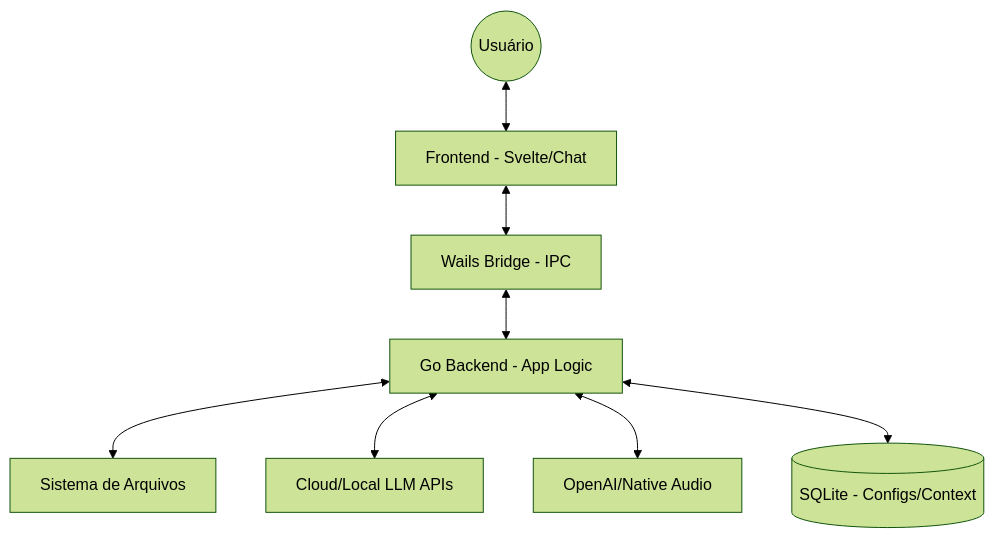
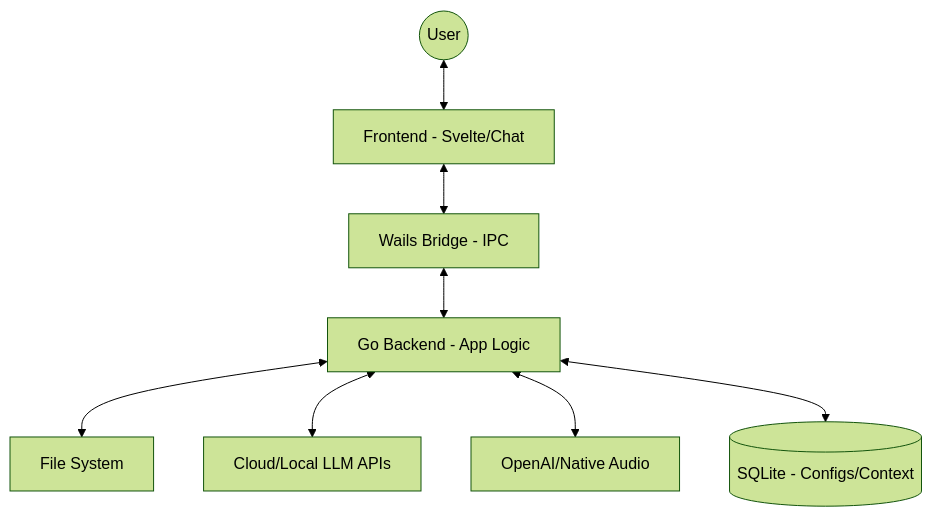
The diagram in README.md (erascardsilva/agenteIA), drawn with Mermaid (forest theme) before and after one commit. The commit also changed other lines of this file, not shown here.

````diff
--- a/README.md
+++ b/README.md
@@ -32,10 +32,10 @@
 ```mermaid
 graph TD
-    User((Usuário)) <--> Frontend[Frontend - Svelte/Chat]
+    User((User)) <--> Frontend[Frontend - Svelte/Chat]
     Frontend <--> Wails[Wails Bridge - IPC]
     Wails <--> Go[Go Backend - App Logic]
-    Go <--> FS[Sistema de Arquivos]
+    Go <--> FS[File System]
     Go <--> AI[Cloud/Local LLM APIs]
     Go <--> Audio[OpenAI/Native Audio]
     Go <--> DB[(SQLite - Configs/Context)]
 ```
````
